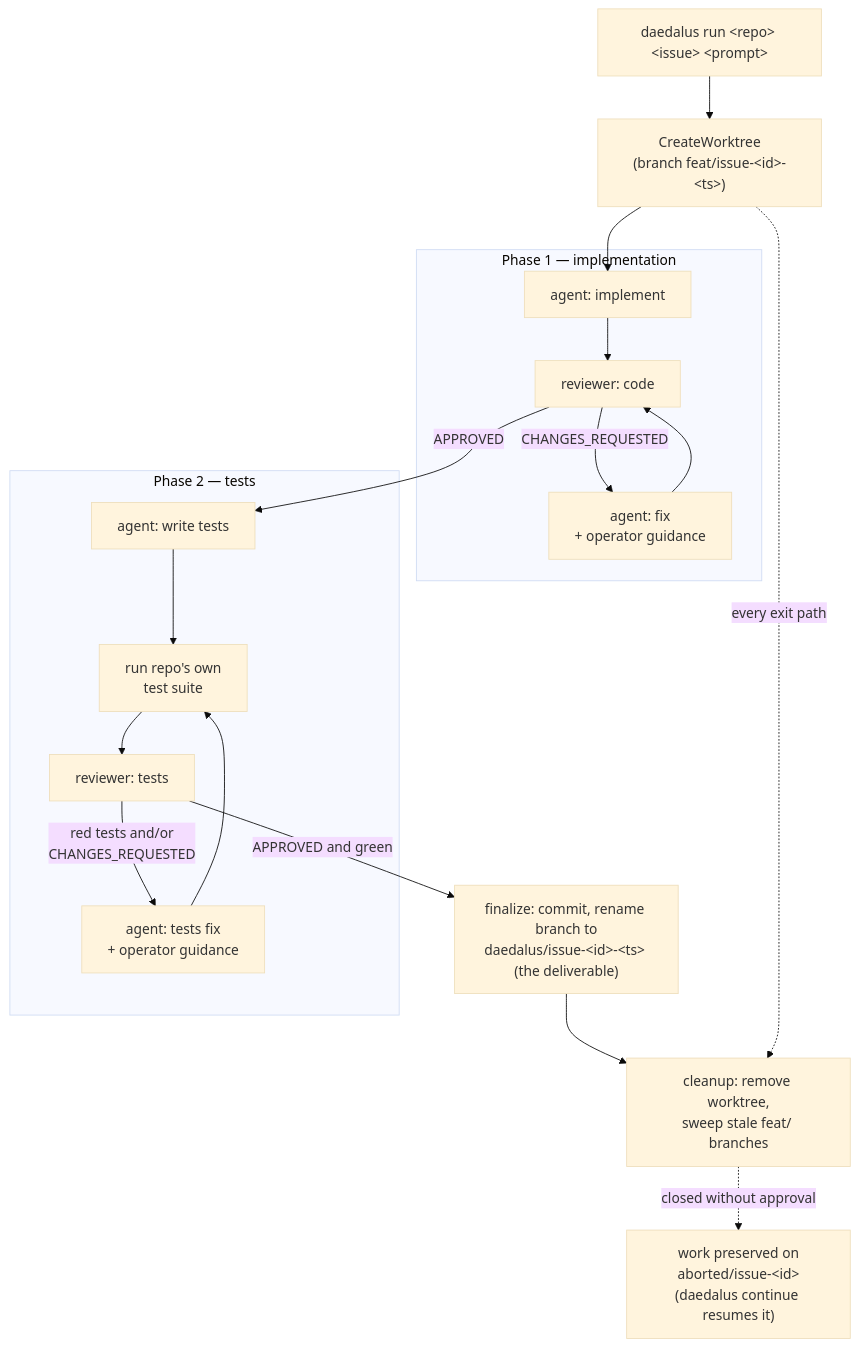
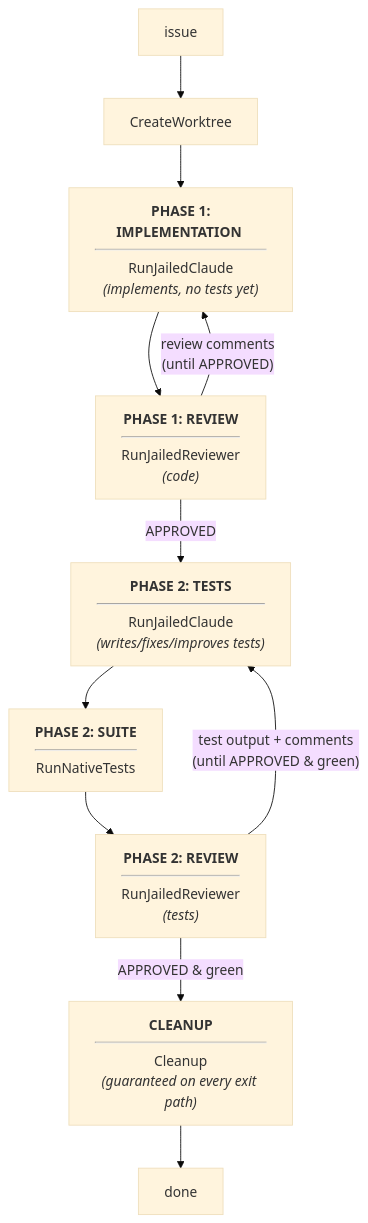
The diagram in README.md (ozzono/daedalus), drawn with Mermaid (base theme) before and after one commit. The commit also changed other lines of this file, not shown here.

Commit message:
improved flow chart

````diff
--- a/README.md
+++ b/README.md
@@ -22,22 +22,31 @@
 ```mermaid
 flowchart TD
-    PROMPT["daedalus run &lt;repo&gt; &lt;issue&gt; &lt;prompt&gt;"] --> CREATE["CreateWorktree<br/>(branch feat/issue-&lt;id&gt;-&lt;ts&gt;)"]
-    CREATE --> IMPL
+    PROMPT["issue"] --> CREATE["CreateWorktree"]
+    CREATE --> P1_IMPL
 
-    subgraph PHASE1 ["Phase 1 — implementation"]
-        IMPL["agent: implement"] --> REV1["reviewer: code"]
-        REV1 -- "CHANGES_REQUESTED" --> FIX1["agent: fix<br/>+ operator guidance"] --> REV1
-    end
-    REV1 -- "APPROVED" --> TESTS
+    %% Phase 1 Nodes
+    P1_IMPL["<b> PHASE 1: IMPLEMENTATION </b><hr/>RunJailedClaude<br/><i>(implements, no tests yet)</i>"]
+    P1_REV["<b> PHASE 1: REVIEW </b><hr/>RunJailedReviewer<br/><i>(code)</i>"]
 
-    subgraph PHASE2 ["Phase 2 — tests"]
-        TESTS["agent: write tests"] --> NATIVE["run repo's own<br/>test suite"]
-        NATIVE --> REV2["reviewer: tests"]
-        REV2 -- "red tests and/or<br/>CHANGES_REQUESTED" --> FIX2["agent: tests fix<br/>+ operator guidance"] --> NATIVE
-    end
-    REV2 -- "APPROVED and green" --> FINALIZE
+    P1_IMPL --> P1_REV
+    P1_REV -- "review comments<br/>(until APPROVED)" --> P1_IMPL
 
-    FINALIZE["finalize: commit, rename branch to<br/>daedalus/issue-&lt;id&gt;-&lt;ts&gt; (the deliverable)"] --> CLEAN
-    CREATE -. "every exit path" .-> CLEAN["cleanup: remove worktree,<br/>sweep stale feat/ branches"]
-    CLEAN -. "closed without approval" .-> ABORTED["work preserved on<br/>aborted/issue-&lt;id&gt;<br/>(daedalus continue resumes it)"]
+    P1_REV -- "APPROVED" --> P2_IMPL
+
+    %% Phase 2 Nodes
+    P2_IMPL["<b> PHASE 2: TESTS </b><hr/>RunJailedClaude<br/><i>(writes/fixes/improves tests)</i>"]
+    P2_TEST["<b> PHASE 2: SUITE </b><hr/>RunNativeTests"]
+    P2_REV["<b> PHASE 2: REVIEW </b><hr/>RunJailedReviewer<br/><i>(tests)</i>"]
+
+    P2_IMPL --> P2_TEST
+    P2_TEST --> P2_REV
+    P2_REV -- "test output + comments<br/>(until APPROVED & green)" --> P2_IMPL
+
+    P2_REV -- "APPROVED & green" --> CLEAN
+
+    %% Final Nodes
+    CLEAN["<b> CLEANUP </b><hr/>Cleanup<br/><i>(guaranteed on every exit path)</i>"]
+    DONE["done"]
+
+    CLEAN --> DONE
 ```
````
